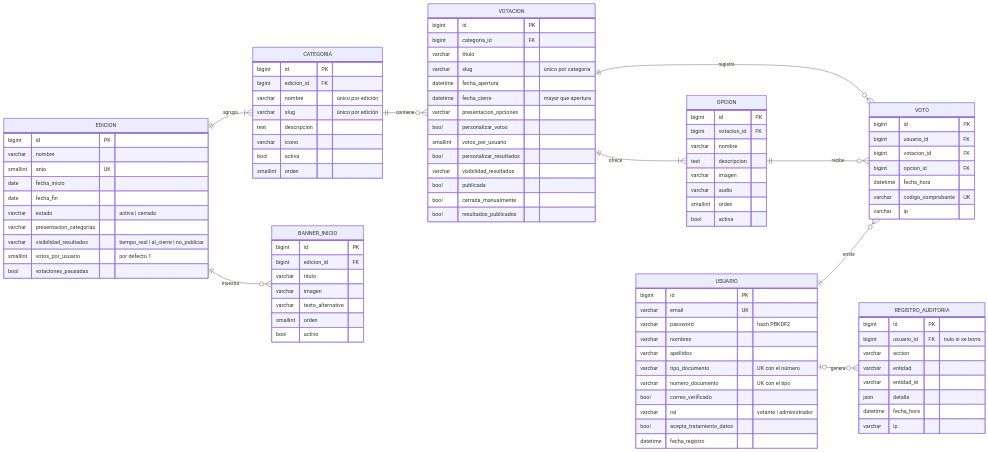
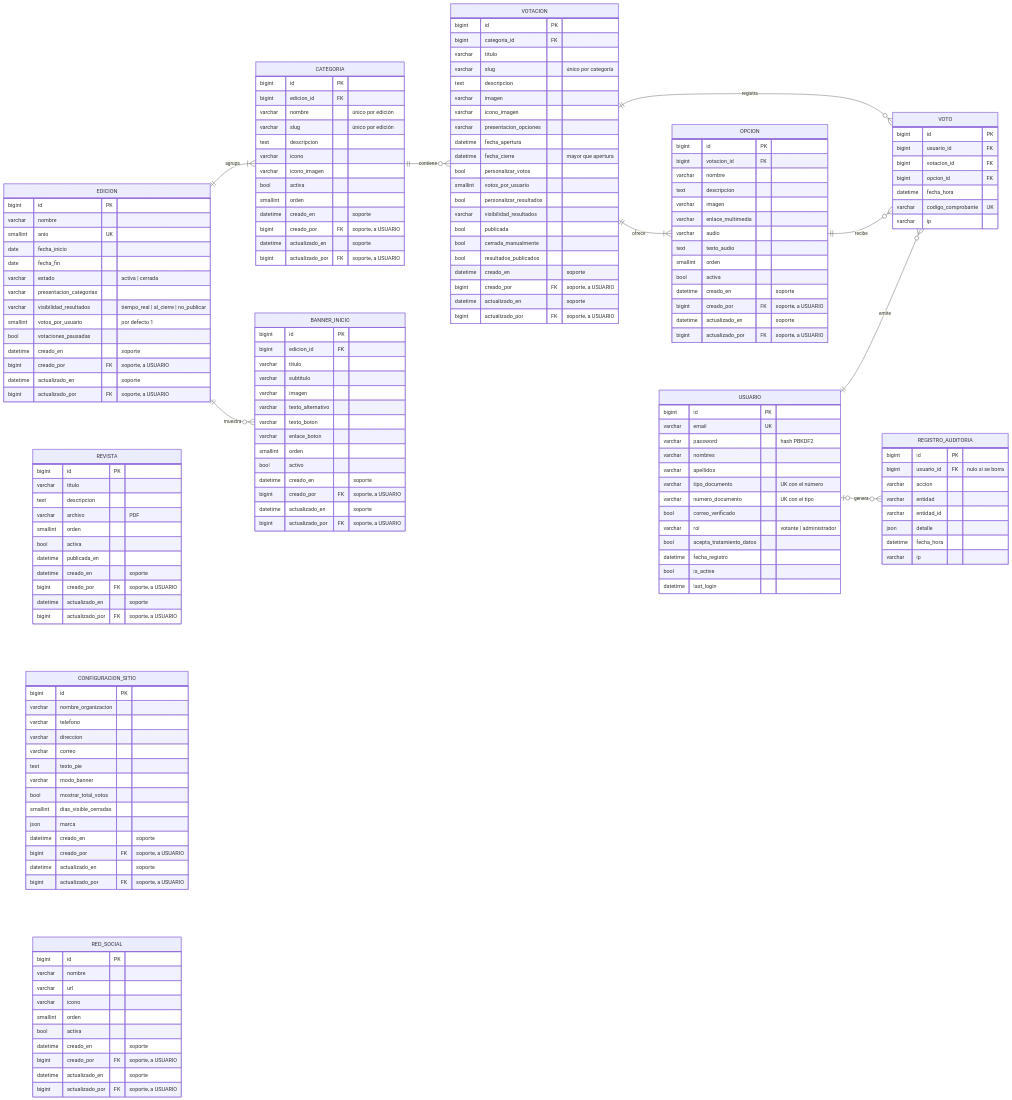
The diagram in docs/diagramas/datos/modelo-fisico.mmd (juandiegows/votaciones-festival-vallenato), drawn with Mermaid before and after one commit. The commit also changed 3 other files, not shown here.

```diff
--- a/docs/diagramas/datos/modelo-fisico.mmd
+++ b/docs/diagramas/datos/modelo-fisico.mmd
@@ -1,99 +1,171 @@
 erDiagram
     direction LR
     EDICION ||--|{ CATEGORIA : agrupa
     EDICION ||--o{ BANNER_INICIO : muestra
     CATEGORIA ||--o{ VOTACION : contiene
     VOTACION ||--|{ OPCION : ofrece
     VOTACION ||--o{ VOTO : registra
     OPCION ||--o{ VOTO : recibe
     USUARIO ||--o{ VOTO : emite
     USUARIO |o--o{ REGISTRO_AUDITORIA : genera
     EDICION {
         bigint id PK
         varchar nombre
         smallint anio UK
         date fecha_inicio
         date fecha_fin
         varchar estado "activa | cerrada"
         varchar presentacion_categorias
         varchar visibilidad_resultados "tiempo_real | al_cierre | no_publicar"
         smallint votos_por_usuario "por defecto 1"
         bool votaciones_pausadas
+        datetime creado_en "soporte"
+        bigint creado_por FK "soporte, a USUARIO"
+        datetime actualizado_en "soporte"
+        bigint actualizado_por FK "soporte, a USUARIO"
     }
     CATEGORIA {
         bigint id PK
         bigint edicion_id FK
         varchar nombre "único por edición"
         varchar slug "único por edición"
         text descripcion
         varchar icono
+        varchar icono_imagen
         bool activa
         smallint orden
+        datetime creado_en "soporte"
+        bigint creado_por FK "soporte, a USUARIO"
+        datetime actualizado_en "soporte"
+        bigint actualizado_por FK "soporte, a USUARIO"
     }
     VOTACION {
         bigint id PK
         bigint categoria_id FK
         varchar titulo
         varchar slug "único por categoría"
+        text descripcion
+        varchar imagen
+        varchar icono_imagen
+        varchar presentacion_opciones
         datetime fecha_apertura
         datetime fecha_cierre "mayor que apertura"
-        varchar presentacion_opciones
         bool personalizar_votos
         smallint votos_por_usuario
         bool personalizar_resultados
         varchar visibilidad_resultados
         bool publicada
         bool cerrada_manualmente
         bool resultados_publicados
+        datetime creado_en "soporte"
+        bigint creado_por FK "soporte, a USUARIO"
+        datetime actualizado_en "soporte"
+        bigint actualizado_por FK "soporte, a USUARIO"
     }
     OPCION {
         bigint id PK
         bigint votacion_id FK
         varchar nombre
         text descripcion
         varchar imagen
+        varchar enlace_multimedia
         varchar audio
+        text texto_audio
         smallint orden
         bool activa
+        datetime creado_en "soporte"
+        bigint creado_por FK "soporte, a USUARIO"
+        datetime actualizado_en "soporte"
+        bigint actualizado_por FK "soporte, a USUARIO"
     }
     USUARIO {
         bigint id PK
         varchar email UK
         varchar password "hash PBKDF2"
         varchar nombres
         varchar apellidos
         varchar tipo_documento "UK con el número"
         varchar numero_documento "UK con el tipo"
         bool correo_verificado
         varchar rol "votante | administrador"
         bool acepta_tratamiento_datos
         datetime fecha_registro
+        bool is_active
+        datetime last_login
     }
     VOTO {
         bigint id PK
         bigint usuario_id FK
         bigint votacion_id FK
         bigint opcion_id FK
         datetime fecha_hora
         varchar codigo_comprobante UK
         varchar ip
     }
     REGISTRO_AUDITORIA {
         bigint id PK
         bigint usuario_id FK "nulo si se borra"
         varchar accion
         varchar entidad
         varchar entidad_id
         json detalle
         datetime fecha_hora
         varchar ip
     }
     BANNER_INICIO {
         bigint id PK
         bigint edicion_id FK
         varchar titulo
+        varchar subtitulo
         varchar imagen
         varchar texto_alternativo
+        varchar texto_boton
+        varchar enlace_boton
         smallint orden
         bool activo
+        datetime creado_en "soporte"
+        bigint creado_por FK "soporte, a USUARIO"
+        datetime actualizado_en "soporte"
+        bigint actualizado_por FK "soporte, a USUARIO"
     }
+    REVISTA {
+        bigint id PK
+        varchar titulo
+        text descripcion
+        varchar archivo "PDF"
+        smallint orden
+        bool activa
+        datetime publicada_en
+        datetime creado_en "soporte"
+        bigint creado_por FK "soporte, a USUARIO"
+        datetime actualizado_en "soporte"
+        bigint actualizado_por FK "soporte, a USUARIO"
+    }
+    CONFIGURACION_SITIO {
+        bigint id PK
+        varchar nombre_organizacion
+        varchar telefono
+        varchar direccion
+        varchar correo
+        text texto_pie
+        varchar modo_banner
+        bool mostrar_total_votos
+        smallint dias_visible_cerradas
+        json marca
+        datetime creado_en "soporte"
+        bigint creado_por FK "soporte, a USUARIO"
+        datetime actualizado_en "soporte"
+        bigint actualizado_por FK "soporte, a USUARIO"
+    }
+    RED_SOCIAL {
+        bigint id PK
+        varchar nombre
+        varchar url
+        varchar icono
+        smallint orden
+        bool activa
+        datetime creado_en "soporte"
+        bigint creado_por FK "soporte, a USUARIO"
+        datetime actualizado_en "soporte"
+        bigint actualizado_por FK "soporte, a USUARIO"
+    }
```
